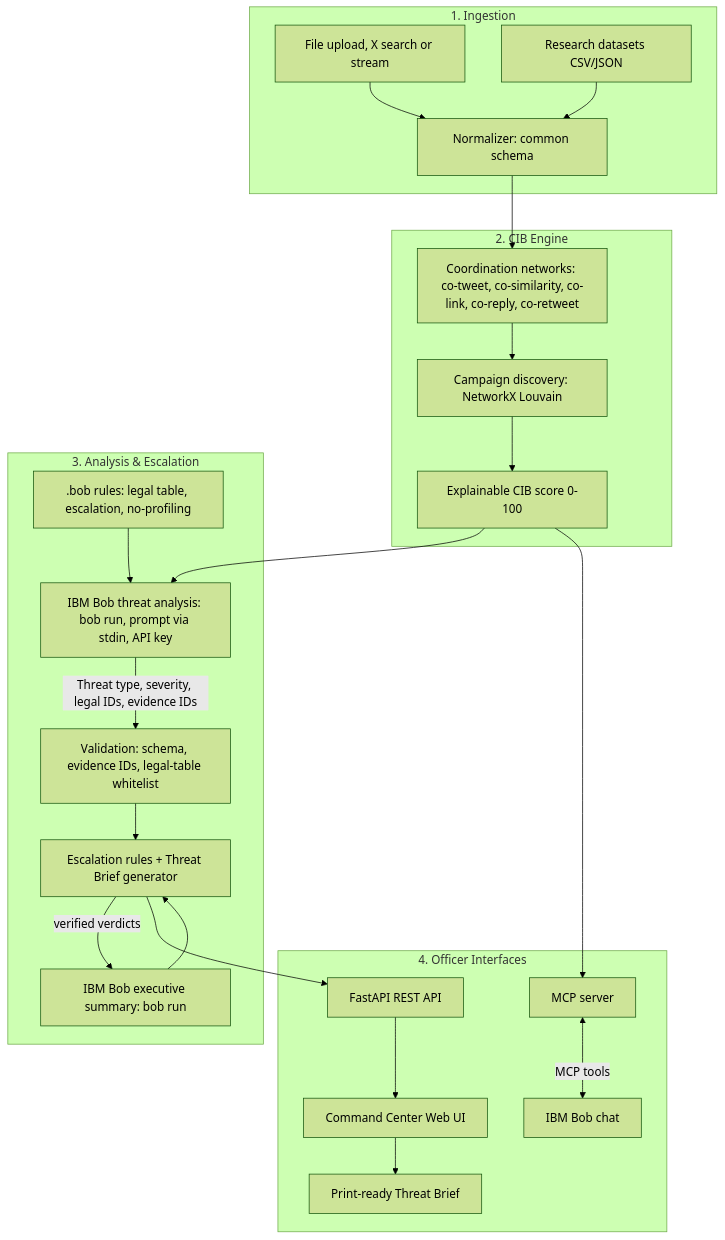
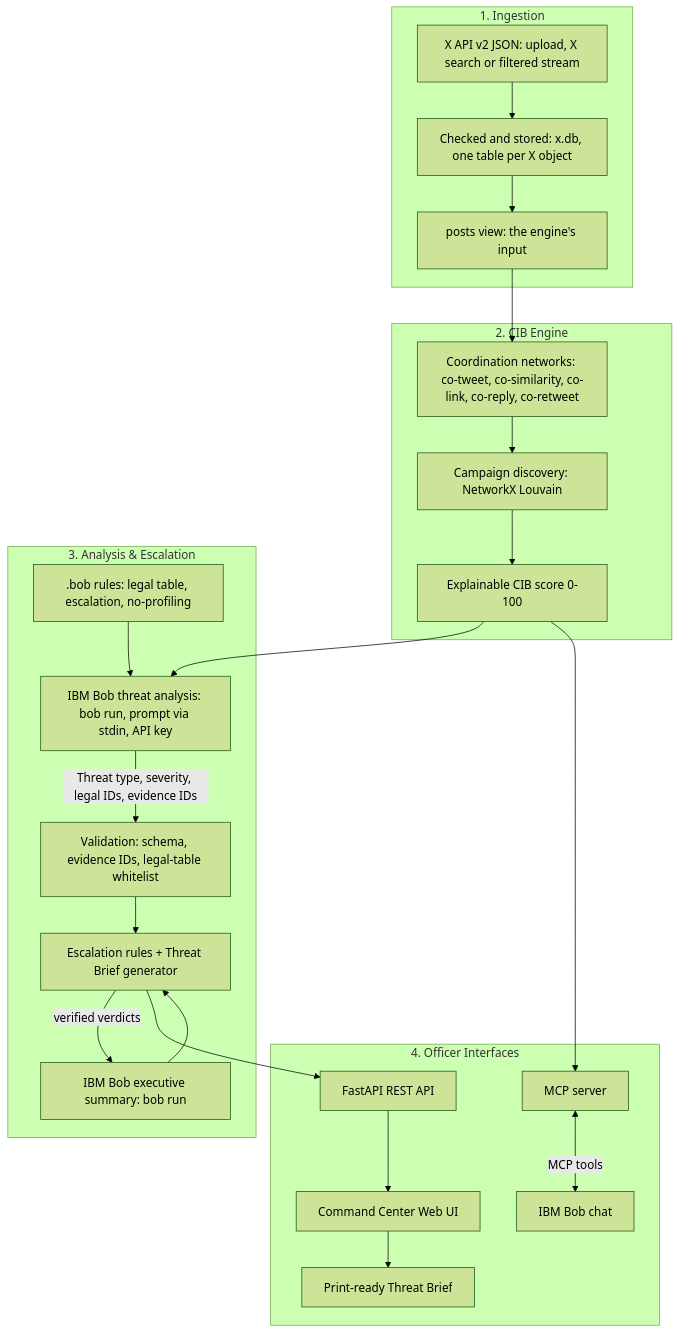
One commit to Tirth-chokshi/bob-ai-hackathon-shin-chan changed the first of 2 diagrams in docs/architecture.md. Above: the diagram before and after it, drawn with Mermaid (forest theme). The commit also changed other lines of this file and 45 other files, not shown here.

First line of the commit message:
feat(xstore): implement X API v2 unified data model, SQLite xstore, and direct X search connector

````diff
--- a/docs/architecture.md
+++ b/docs/architecture.md
@@ -7,30 +7,30 @@
 ```mermaid
 graph TD
     subgraph Ingestion_Layer ["1. Ingestion"]
-        A1[File upload, X search or stream] --> B[Normalizer: common schema]
-        A2[Research datasets CSV/JSON] --> B
+        A1[X API v2 JSON: upload, X search or filtered stream] --> A2[Checked and stored: x.db, one table per X object]
+        A2 --> B[posts view: the engine's input]
     end
 
     subgraph Forensic_Pipeline ["2. CIB Engine"]
         B --> C[Coordination networks: co-tweet, co-similarity, co-link, co-reply, co-retweet]
         C --> D[Campaign discovery: NetworkX Louvain]
         D --> E[Explainable CIB score 0-100]
     end
 
     subgraph Intelligence_Core ["3. Analysis & Escalation"]
         R[.bob rules: legal table, escalation, no-profiling] --> G
         E --> G[IBM Bob threat analysis: bob run, prompt via stdin, API key]
         G -->|Threat type, severity, legal IDs, evidence IDs| H[Validation: schema, evidence IDs, legal-table whitelist]
         H --> I[Escalation rules + Threat Brief generator]
         I -->|verified verdicts| S[IBM Bob executive summary: bob run]
         S --> I
     end
 
     subgraph Integration_Layer ["4. Officer Interfaces"]
         I --> L[FastAPI REST API]
         L --> M[Command Center Web UI]
         M --> N[Print-ready Threat Brief]
         E --> J[MCP server]
         J <-->|MCP tools| K[IBM Bob chat]
     end
 ```
````
